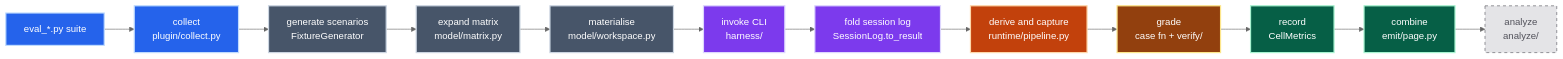
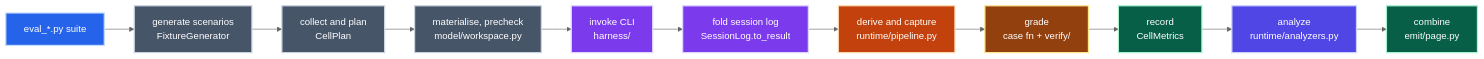
One commit to neozenith/pytest-xharness-eval changed the first of 39 diagrams in ARCHITECTURE.md. Above: the diagram before and after it, drawn with Mermaid (neutral theme). The commit also changed other lines of this file and 1 other file, not shown here.

First line of the commit message:
docs: ARCHITECTURE.md refreshed for the wired Analyzer, CellPlan and ADR 0076 names

````diff
--- a/ARCHITECTURE.md
+++ b/ARCHITECTURE.md
@@ -52,32 +53,31 @@
 ```mermaid
 flowchart LR
     SUITE["eval_*.py suite"]
-    COL["collect<br/>plugin/collect.py"]
+    PLAN["collect and plan<br/>CellPlan"]
     GEN["generate scenarios<br/>FixtureGenerator"]
-    EXP["expand matrix<br/>model/matrix.py"]
-    MAT["materialise<br/>model/workspace.py"]
+    MAT["materialise, precheck<br/>model/workspace.py"]
     INV["invoke CLI<br/>harness/"]
     FOLD["fold session log<br/>SessionLog.to_result"]
     DER["derive and capture<br/>runtime/pipeline.py"]
     GRADE["grade<br/>case fn + verify/"]
     REC["record<br/>CellMetrics"]
+    ANA["analyze<br/>runtime/analyzers.py"]
     COMB["combine<br/>emit/page.py"]
-    ANA["analyze<br/>analyze/"]
 
-    SUITE --> COL --> GEN --> EXP --> MAT --> INV --> FOLD --> DER --> GRADE --> REC --> COMB --> ANA
+    SUITE --> GEN --> PLAN --> MAT --> INV --> FOLD --> DER --> GRADE --> REC --> ANA --> COMB
 
     classDef entry fill:#2563eb,stroke:#bfdbfe,color:#fff,stroke-width:2px
     classDef domain fill:#475569,stroke:#cbd5e1,color:#fff,stroke-width:2px
     classDef adapter fill:#7c3aed,stroke:#ddd6fe,color:#fff,stroke-width:2px
     classDef runtime fill:#c2410c,stroke:#fed7aa,color:#fff,stroke-width:2px
     classDef verify fill:#92400e,stroke:#fde68a,color:#fff,stroke-width:2px
     classDef emit fill:#065f46,stroke:#a7f3d0,color:#fff,stroke-width:2px
-    classDef target fill:#e4e4e7,stroke:#52525b,color:#52525b,stroke-width:1px,stroke-dasharray:5 5
-    class SUITE,COL entry
-    class GEN,EXP,MAT domain
+    classDef analyze fill:#4f46e5,stroke:#c7d2fe,color:#fff,stroke-width:2px
+    class SUITE entry
+    class GEN,PLAN,MAT domain
     class INV,FOLD adapter
     class DER runtime
     class GRADE verify
     class REC,COMB emit
-    class ANA target
+    class ANA analyze
 ```
````
